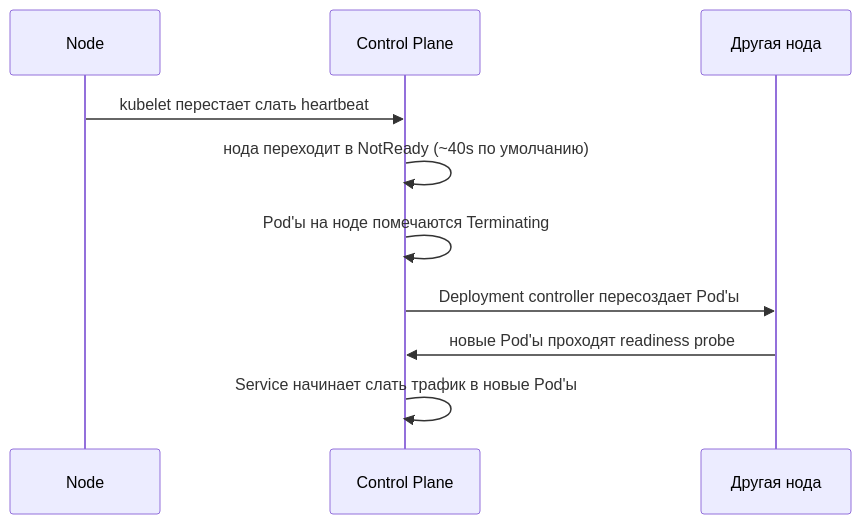
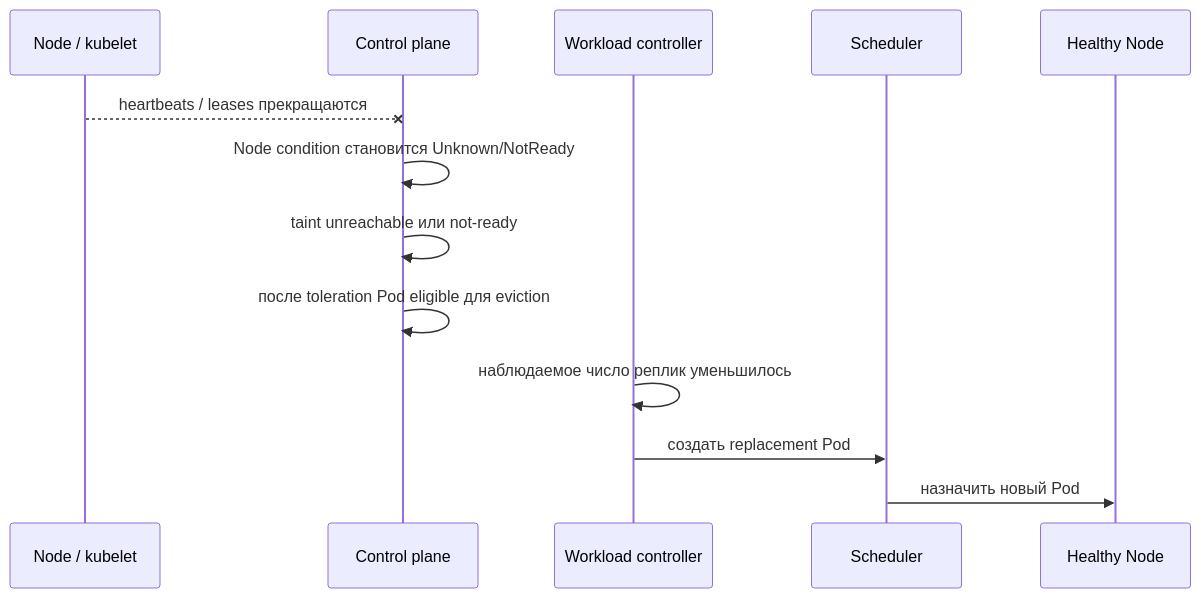
One commit to fev0ks/LearnGoLang changed the first of 2 diagrams in docs/senior-golang-study/10-devops-and-observability/kubernetes/07-node-failure-rollout-and-config-delivery.md. Above: the diagram before and after it, drawn with Mermaid. The commit also changed other lines of this file and 7 other files, not shown here.

````diff
--- a/docs/senior-golang-study/10-devops-and-observability/kubernetes/07-node-failure-rollout-and-config-delivery.md
+++ b/docs/senior-golang-study/10-devops-and-observability/kubernetes/07-node-failure-rollout-and-config-delivery.md
@@ -26,13 +31,16 @@
 ```mermaid
 sequenceDiagram
-    participant Node
-    participant CP as Control Plane
-    participant Other as Другая нода
+    participant N as Node / kubelet
+    participant CP as Control plane
+    participant RS as Workload controller
+    participant S as Scheduler
+    participant N2 as Healthy Node
 
-    Node->>CP: kubelet перестает слать heartbeat
-    CP->>CP: нода переходит в NotReady (~40s по умолчанию)
-    CP->>CP: Pod'ы на ноде помечаются Terminating
-    CP->>Other: Deployment controller пересоздает Pod'ы
-    Other->>CP: новые Pod'ы проходят readiness probe
-    CP->>CP: Service начинает слать трафик в новые Pod'ы
+    N--xCP: heartbeats / leases прекращаются
+    CP->>CP: Node condition становится Unknown/NotReady
+    CP->>CP: taint unreachable или not-ready
+    CP->>CP: после toleration Pod eligible для eviction
+    RS->>RS: наблюдаемое число реплик уменьшилось
+    RS->>S: создать replacement Pod
+    S->>N2: назначить новый Pod
 ```
````
